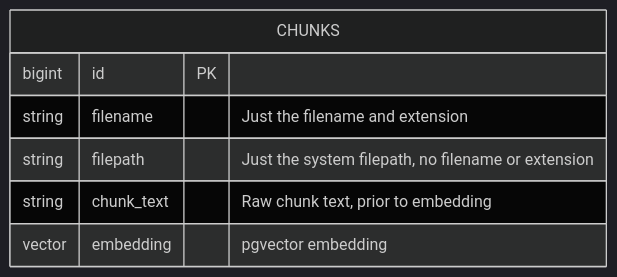
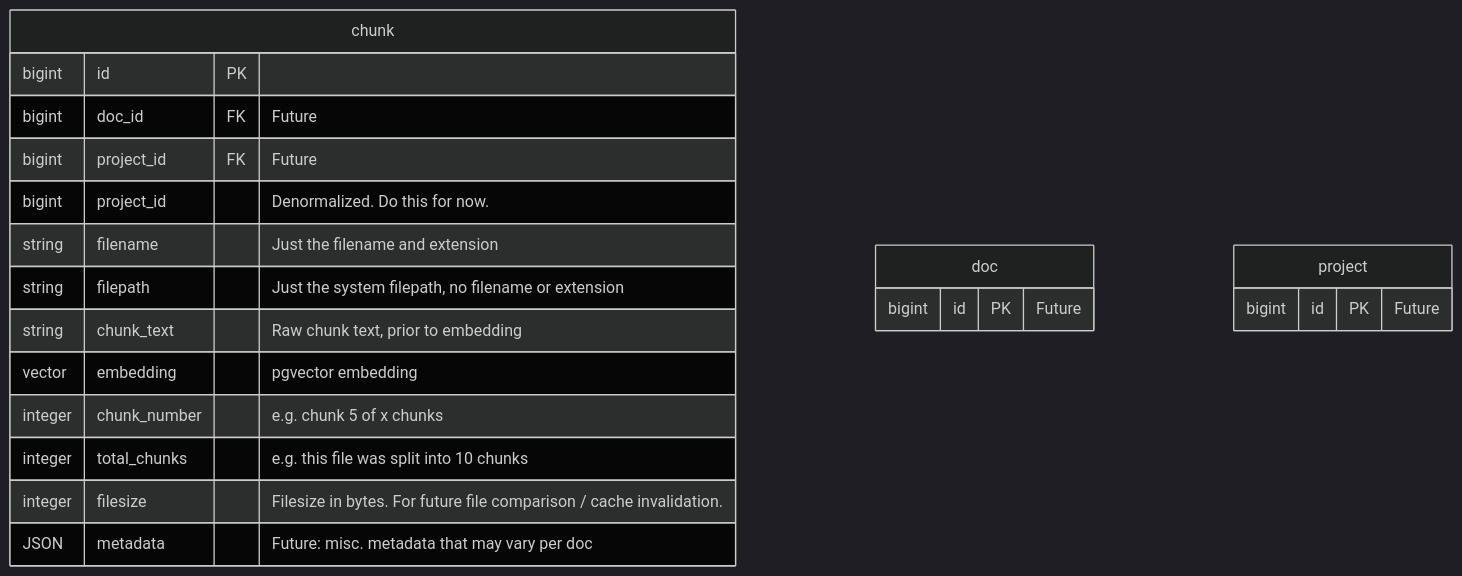
Before and after one commit to svalenziano/yara: the fourth of 4 diagrams in README.md, drawn with Mermaid (dark theme). The commit also changed other lines of this file, not shown here.

````diff
--- a/README.md
+++ b/README.md
@@ -100,12 +103,26 @@
 ```mermaid
     erDiagram
-        CHUNKS {
+        chunk {
             bigint id PK
+            bigint doc_id FK "Future"
+            bigint project_id FK  "Future"
+            bigint project_id "Denormalized.  Do this for now."
             string filename "Just the filename and extension"
             string filepath "Just the system filepath, no filename or extension"
             string chunk_text "Raw chunk text, prior to embedding"
             vector embedding "pgvector embedding"
+            integer chunk_number "e.g. chunk 5 of x chunks"
+            integer total_chunks "e.g. this file was split into 10 chunks"
+            integer filesize "Filesize in bytes. For future file comparison / cache invalidation."
+            JSON metadata "Future: misc. metadata that may vary per doc"
+        }
+        
+        doc {
+	        bigint id PK "Future"
+        }
+        
+        project {
+	        bigint id PK "Future"
         }
 
-
 ```
````
